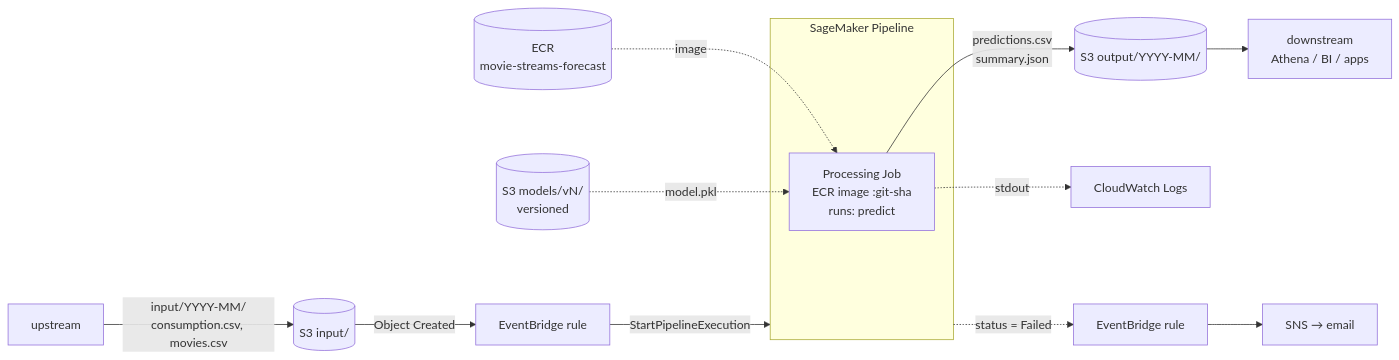
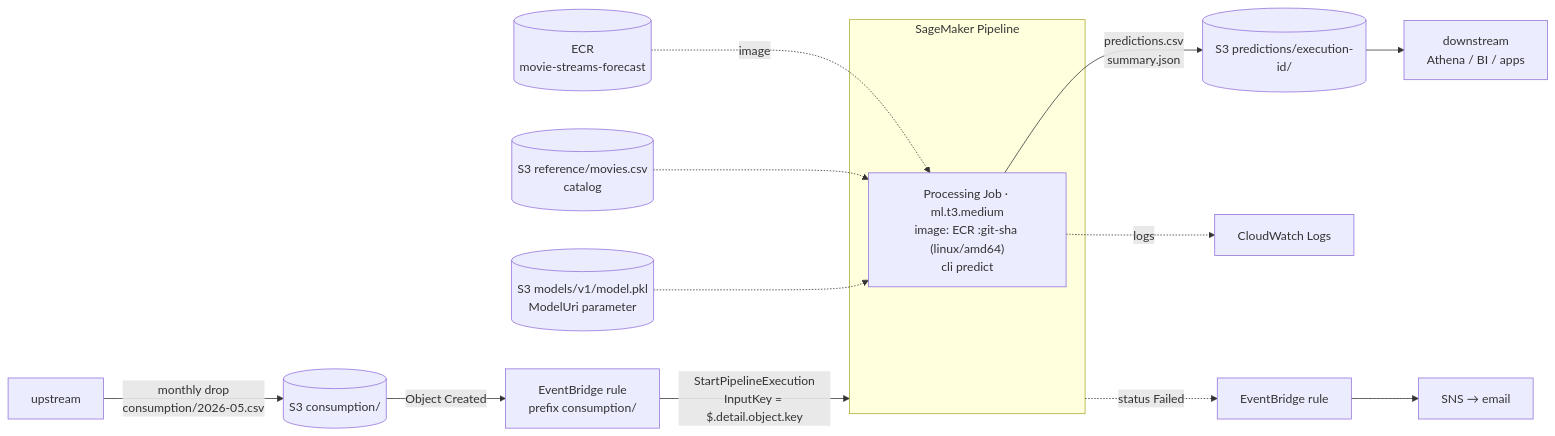
The second of 2 diagrams in docs/ARCHITECTURE.md (emiliomunozai/movie-streams-forecast), drawn with Mermaid before and after one commit. The commit also changed other lines of this file and 7 other files, not shown here.

````diff
--- a/docs/ARCHITECTURE.md
+++ b/docs/ARCHITECTURE.md
@@ -26,15 +26,16 @@
 ```mermaid
 flowchart LR
-    UP["upstream"] -->|"input/YYYY-MM/<br/>consumption.csv, movies.csv"| S3IN[("S3 input/")]
-    S3IN -->|"Object Created"| EB["EventBridge rule"]
-    EB -->|"StartPipelineExecution"| PIPE
+    UP["upstream"] -->|"monthly drop<br/>consumption/2026-05.csv"| S3C[("S3 consumption/")]
+    S3C -->|"Object Created"| EB["EventBridge rule<br/>prefix consumption/"]
+    EB -->|"StartPipelineExecution<br/>InputKey = $.detail.object.key"| PIPE
     subgraph PIPE["SageMaker Pipeline"]
-        PJ["Processing Job<br/>ECR image :git-sha<br/>runs: predict"]
+        PJ["Processing Job · ml.t3.medium<br/>image: ECR :git-sha (linux/amd64)<br/>cli predict"]
     end
     ECR[("ECR<br/>movie-streams-forecast")] -.->|image| PJ
-    MOD[("S3 models/vN/<br/>versioned")] -.->|model.pkl| PJ
-    PJ -->|"predictions.csv<br/>summary.json"| S3OUT[("S3 output/YYYY-MM/")]
+    MOV[("S3 reference/movies.csv<br/>catalog")] -.-> PJ
+    MOD[("S3 models/v1/model.pkl<br/>ModelUri parameter")] -.-> PJ
+    PJ -->|"predictions.csv<br/>summary.json"| S3OUT[("S3 predictions/execution-id/")]
     S3OUT --> DS["downstream<br/>Athena / BI / apps"]
-    PJ -.->|stdout| CW["CloudWatch Logs"]
-    PIPE -.->|"status = Failed"| EB2["EventBridge rule"] --> SNS["SNS → email"]
+    PJ -.->|logs| CW["CloudWatch Logs"]
+    PIPE -.->|"status Failed"| EB2["EventBridge rule"] --> SNS["SNS → email"]
 ```
````
